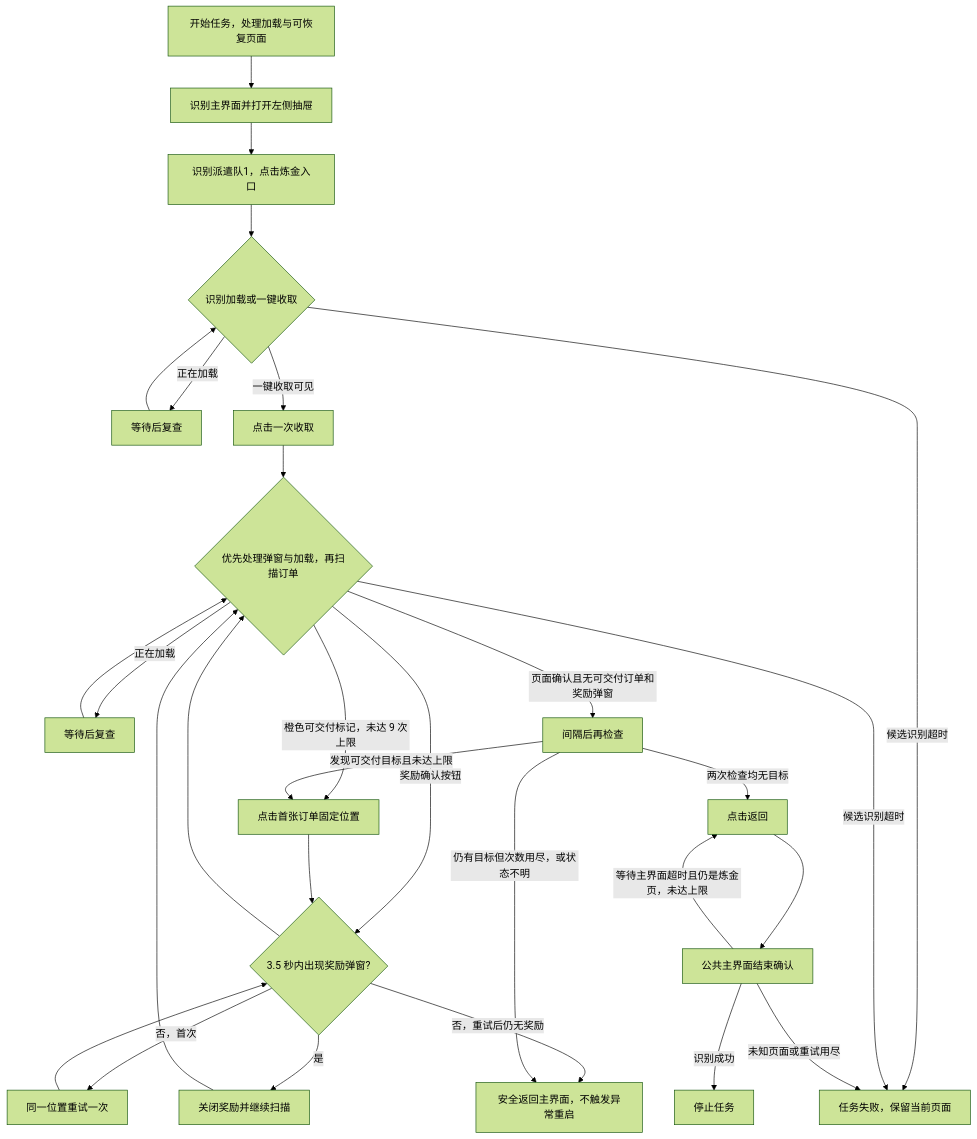
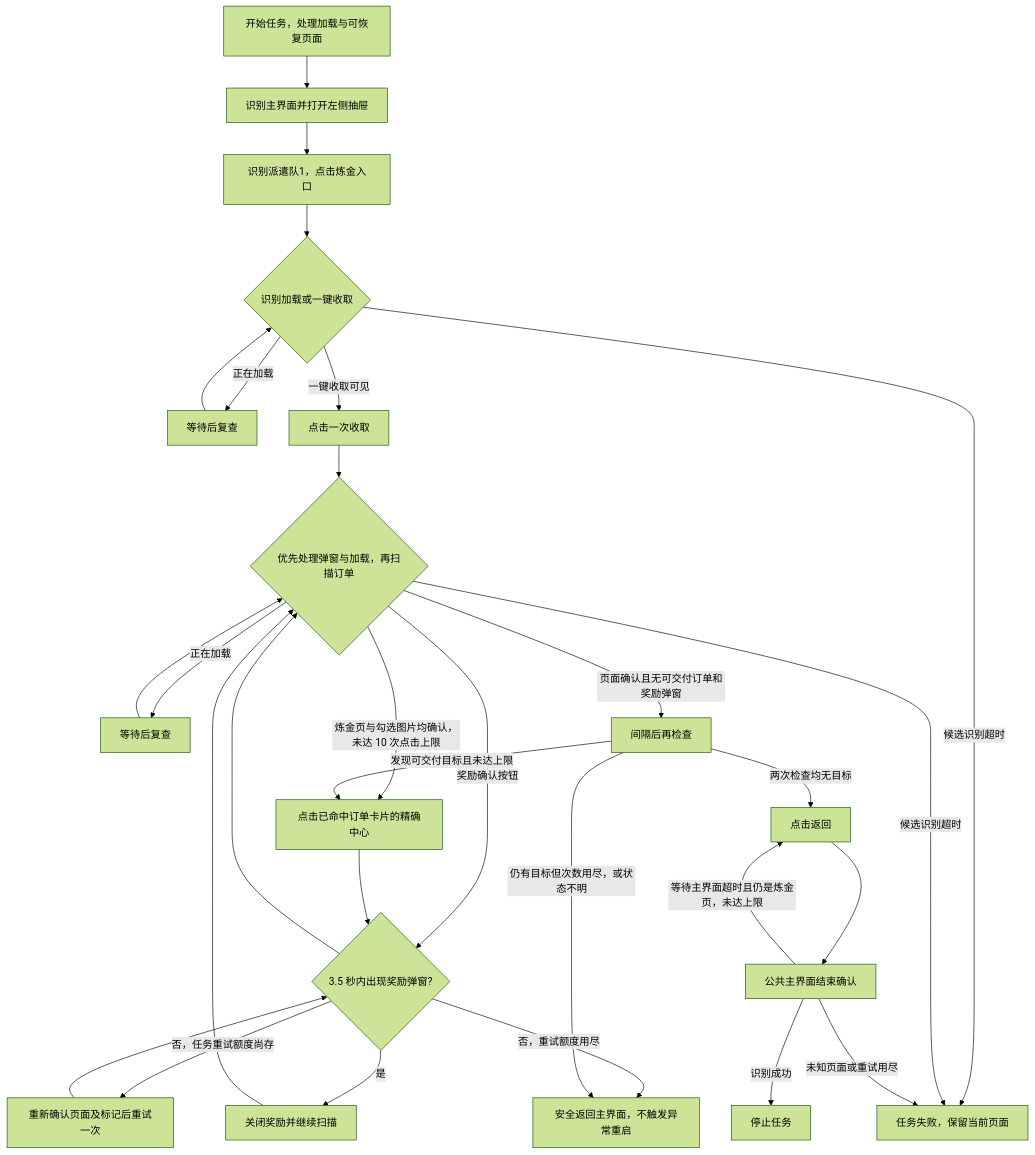
The diagram in docs/zh_cn/tasks/daily_alchemy_orders.md (RShock/TKFMaa), drawn with Mermaid (forest theme) before and after one commit. The commit also changed other lines of this file and 5 other files, not shown here.

Commit message:
fix(alchemy): 确认炼金页面并识图定位可交付订单

````diff
--- a/docs/zh_cn/tasks/daily_alchemy_orders.md
+++ b/docs/zh_cn/tasks/daily_alchemy_orders.md
@@ -20,31 +20,31 @@
 ```mermaid
 flowchart TD
     Start[开始任务，处理加载与可恢复页面] --> Main[识别主界面并打开左侧抽屉]
     Main --> Drawer[识别派遣队1，点击炼金入口]
     Drawer --> Collect{识别加载或一键收取}
     Collect -->|正在加载| Wait[等待后复查]
     Wait --> Collect
     Collect -->|一键收取可见| Click[点击一次收取]
     Collect -->|候选识别超时| Fail[任务失败，保留当前页面]
     Click --> Scan{优先处理弹窗与加载，再扫描订单}
     Scan -->|奖励确认按钮| Reward[关闭奖励弹窗]
     Reward --> Scan
     Scan -->|正在加载| ScanWait[等待后复查]
     ScanWait --> Scan
-    Scan -->|橙色可交付标记，未达 9 次上限| Deliver[点击首张订单固定位置]
+    Scan -->|炼金页与勾选图片均确认，未达 10 次点击上限| Deliver[点击已命中订单卡片的精确中心]
     Deliver --> Reward{3.5 秒内出现奖励弹窗?}
     Reward -->|是| CloseReward[关闭奖励并继续扫描]
     CloseReward --> Scan
-    Reward -->|否，首次| Retry[同一位置重试一次]
+    Reward -->|否，任务重试额度尚存| Retry[重新确认页面及标记后重试一次]
     Retry --> Reward
-    Reward -->|否，重试后仍无奖励| Abort
+    Reward -->|否，重试额度用尽| Abort
     Scan -->|页面确认且无可交付订单和奖励弹窗| Verify[间隔后再检查]
     Verify -->|发现可交付目标且未达上限| Deliver
     Verify -->|两次检查均无目标| Back[点击返回]
     Verify -->|仍有目标但次数用尽，或状态不明| Abort[安全返回主界面，不触发异常重启]
     Scan -->|候选识别超时| Fail
     Back --> Confirm[公共主界面结束确认]
     Confirm -->|识别成功| Done[停止任务]
     Confirm -->|等待主界面超时且仍是炼金页，未达上限| Back
     Confirm -->|未知页面或重试用尽| Fail
 ```
````
